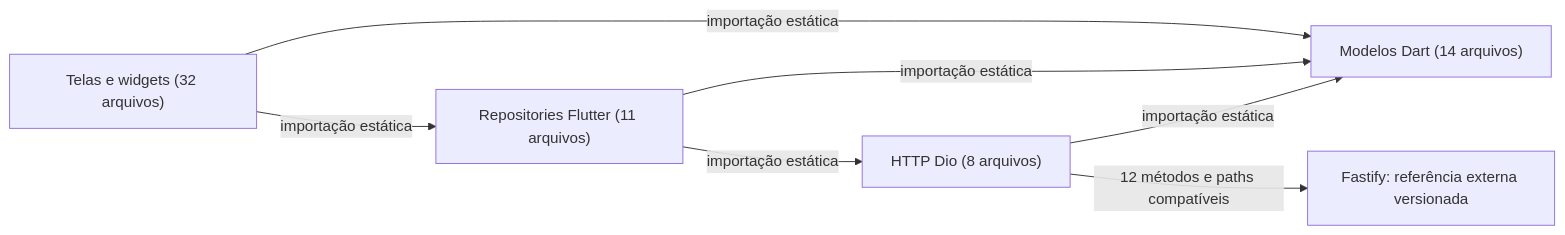
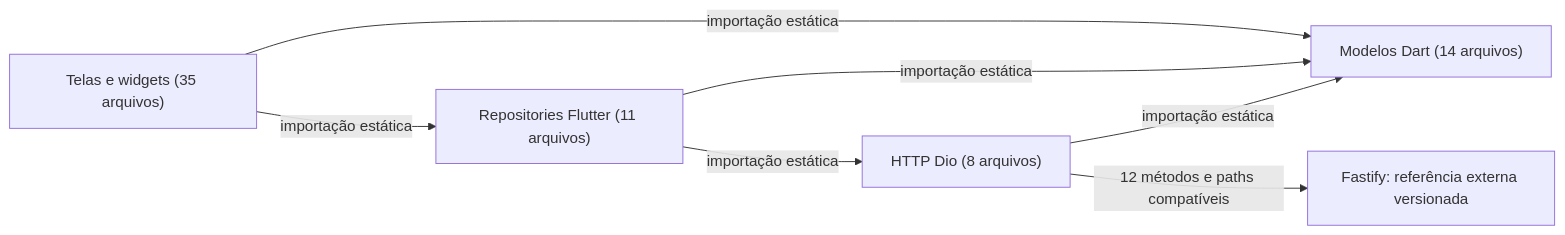
Before and after one commit to richardcastrogois/TrainForge: the first of 2 diagrams in docs/arquitetura/README.md, drawn with Mermaid. The commit also changed other lines of this file and 55 other files, not shown here.

````diff
--- a/docs/arquitetura/README.md
+++ b/docs/arquitetura/README.md
@@ -19,14 +19,14 @@
 ```mermaid
 flowchart LR
-    node0["Telas e widgets (32 arquivos)"]
+    node0["Telas e widgets (35 arquivos)"]
     node1["Repositories Flutter (11 arquivos)"]
     node2["HTTP Dio (8 arquivos)"]
     node3["Modelos Dart (14 arquivos)"]
     node4["Fastify: referência externa versionada"]
     node2 -->|"importação estática"| node3
     node1 -->|"importação estática"| node2
     node1 -->|"importação estática"| node3
     node0 -->|"importação estática"| node3
     node0 -->|"importação estática"| node1
     node2 -->|"12 métodos e paths compatíveis"| node4
 ```
````
